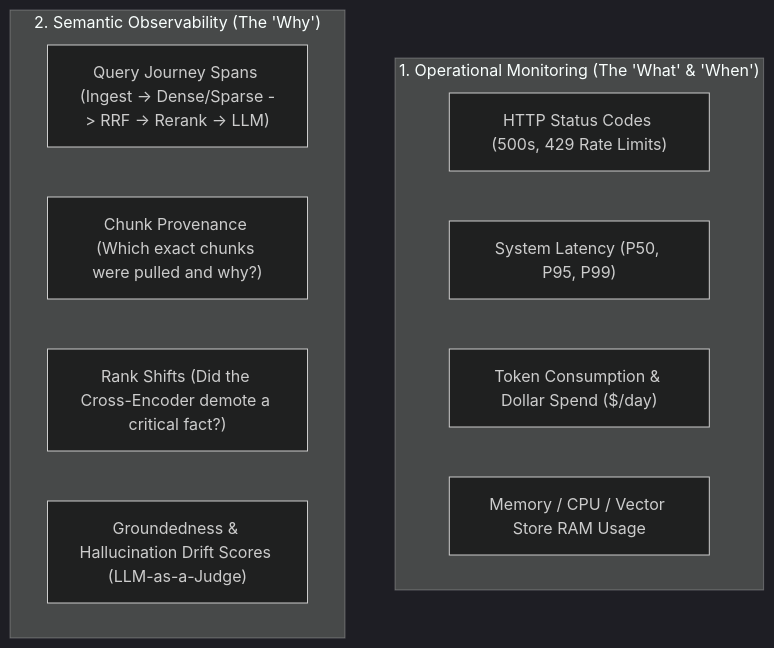
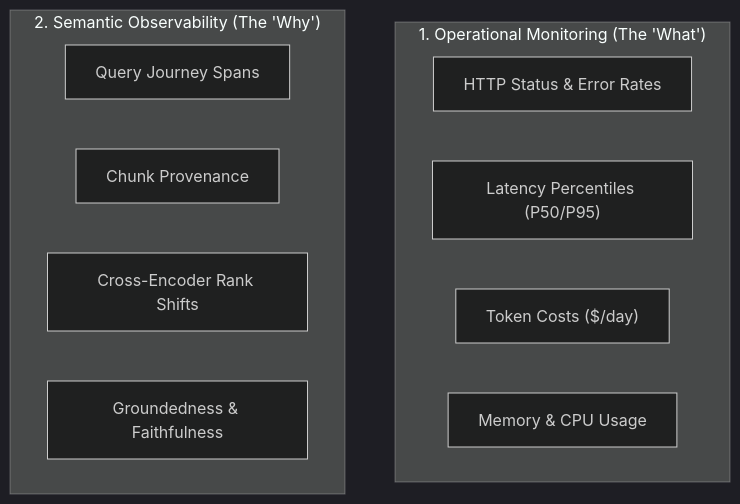
The first of 2 diagrams in plans/plan6.md (Souheil007/Rag_Full_Version), drawn with Mermaid (dark theme) before and after one commit. The commit also changed other lines of this file and 6 other files, not shown here.

Commit message:
docs: standardize all Mermaid diagrams across docs and plans to clean flowchart format

````diff
--- a/plans/plan6.md
+++ b/plans/plan6.md
@@ -10,16 +10,16 @@
 ```mermaid
 flowchart TD
-    subgraph Traditional_Monitoring["1. Operational Monitoring (The 'What' & 'When')"]
-        M1["HTTP Status Codes (500s, 429 Rate Limits)"]
-        M2["System Latency (P50, P95, P99)"]
-        M3["Token Consumption & Dollar Spend ($/day)"]
-        M4["Memory / CPU / Vector Store RAM Usage"]
+    subgraph Monitoring ["1. Operational Monitoring (The 'What')"]
+        M1["HTTP Status & Error Rates"]
+        M2["Latency Percentiles (P50/P95)"]
+        M3["Token Costs ($/day)"]
+        M4["Memory & CPU Usage"]
     end
 
-    subgraph Semantic_Observability["2. Semantic Observability (The 'Why')"]
-        O1["Query Journey Spans (Ingest -> Dense/Sparse -> RRF -> Rerank -> LLM)"]
-        O2["Chunk Provenance (Which exact chunks were pulled and why?)"]
-        O3["Rank Shifts (Did the Cross-Encoder demote a critical fact?)"]
-        O4["Groundedness & Hallucination Drift Scores (LLM-as-a-Judge)"]
+    subgraph Observability ["2. Semantic Observability (The 'Why')"]
+        O1["Query Journey Spans"]
+        O2["Chunk Provenance"]
+        O3["Cross-Encoder Rank Shifts"]
+        O4["Groundedness & Faithfulness"]
     end
 ```
````
